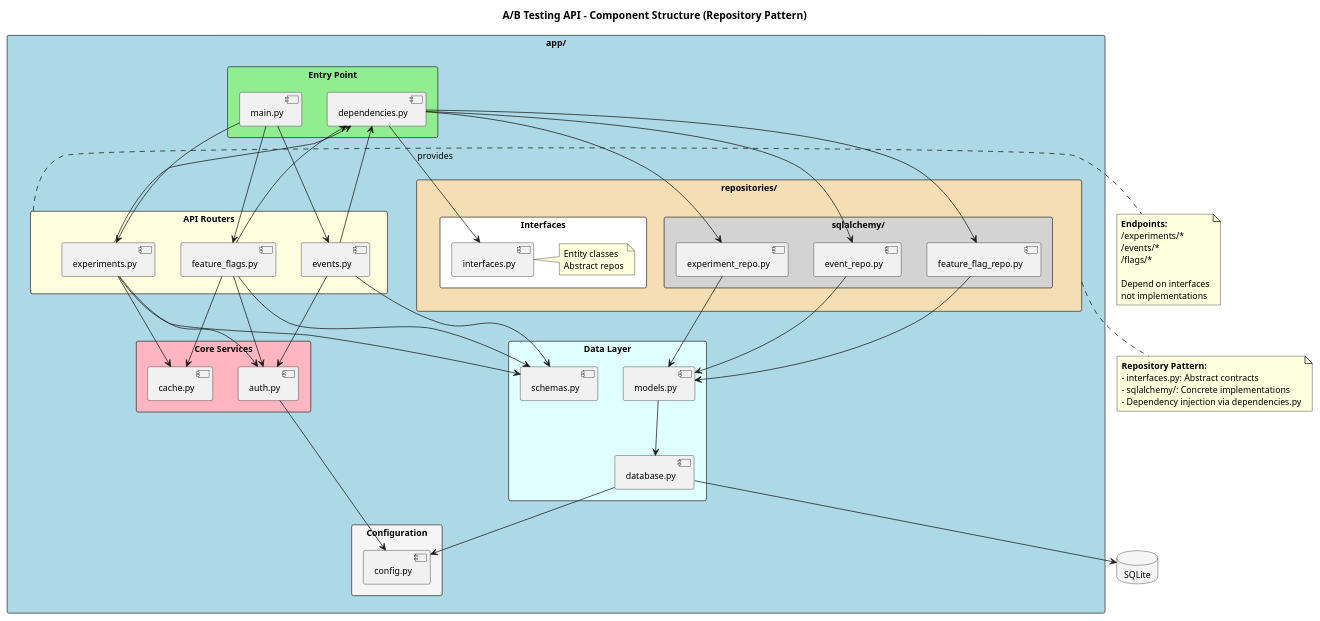
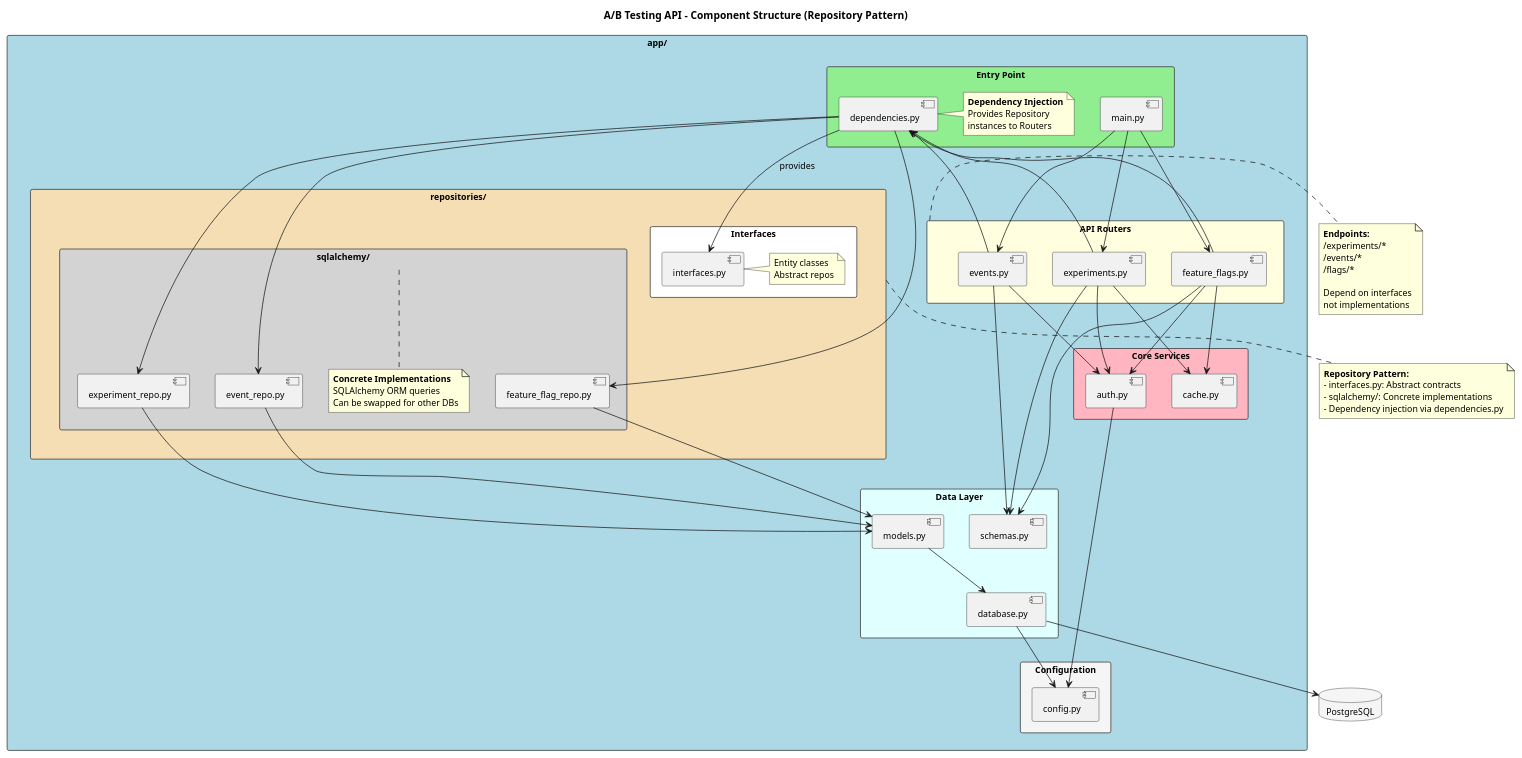
Before and after one commit to huangyingw/neonblue_ab_testing_api: the diagram in docs/diagrams/api-components.puml, drawn with PlantUML. The commit also changed 4 other files, not shown here.

First line of the commit message:
Update PlantUML diagrams for PostgreSQL and Repository pattern

```diff
--- a/docs/diagrams/api-components.puml
+++ b/docs/diagrams/api-components.puml
@@ -1,113 +1,123 @@
 @startuml API Components
 
 skinparam backgroundColor white
 skinparam defaultFontSize 12
 skinparam rectangleBorderColor #333333
 
 title A/B Testing API - Component Structure (Repository Pattern)
 
 rectangle "app/" as App #LightBlue {
 
     rectangle "Entry Point" as Entry #LightGreen {
         [main.py] as Main
         [dependencies.py] as Deps
+        note right of Deps
+          **Dependency Injection**
+          Provides Repository
+          instances to Routers
+        end note
     }
 
     rectangle "API Routers" as Routers #LightYellow {
         [experiments.py] as ExpR
         [events.py] as EventR
         [feature_flags.py] as FlagR
     }
 
     rectangle "Core Services" as Services #LightPink {
         [auth.py] as Auth
         [cache.py] as Cache
     }
 
     rectangle "repositories/" as RepoDir #Wheat {
 
         rectangle "Interfaces" as Interfaces #White {
             [interfaces.py] as IRepo
             note right of IRepo
               Entity classes
               Abstract repos
             end note
         }
 
         rectangle "sqlalchemy/" as SQLADir #LightGray {
             [experiment_repo.py] as ExpImpl
             [event_repo.py] as EventImpl
             [feature_flag_repo.py] as FlagImpl
+            note bottom of SQLADir
+              **Concrete Implementations**
+              SQLAlchemy ORM queries
+              Can be swapped for other DBs
+            end note
         }
     }
 
     rectangle "Data Layer" as Data #LightCyan {
         [models.py] as Models
         [schemas.py] as Schemas
         [database.py] as DB
     }
 
     rectangle "Configuration" as Config #WhiteSmoke {
         [config.py] as Conf
     }
 }
 
-database "SQLite" as SQLite #WhiteSmoke
+database "PostgreSQL" as PG #WhiteSmoke
 
 ' Entry point connections
 Main --> ExpR
 Main --> EventR
 Main --> FlagR
 
 ' Router dependencies
 ExpR --> Auth
 EventR --> Auth
 FlagR --> Auth
 
 ExpR --> Cache
 FlagR --> Cache
 
 ' Routers use Repository interfaces (via Deps)
 ExpR --> Deps
 EventR --> Deps
 FlagR --> Deps
 
 Deps --> IRepo : provides
 Deps --> ExpImpl
 Deps --> EventImpl
 Deps --> FlagImpl
 
 ' Implementations use Models
 ExpImpl --> Models
 EventImpl --> Models
 FlagImpl --> Models
 
 ' Routers use Schemas
 ExpR --> Schemas
 EventR --> Schemas
 FlagR --> Schemas
 
 ' Data layer connections
 Models --> DB
-DB --> SQLite
+DB --> PG
 DB --> Conf
 Auth --> Conf
 
 note right of Routers
   **Endpoints:**
   /experiments/*
   /events/*
   /flags/*
 
   Depend on interfaces
   not implementations
 end note
 
 note bottom of RepoDir
   **Repository Pattern:**
   - interfaces.py: Abstract contracts
   - sqlalchemy/: Concrete implementations
   - Dependency injection via dependencies.py
 end note
 
 @enduml
```
